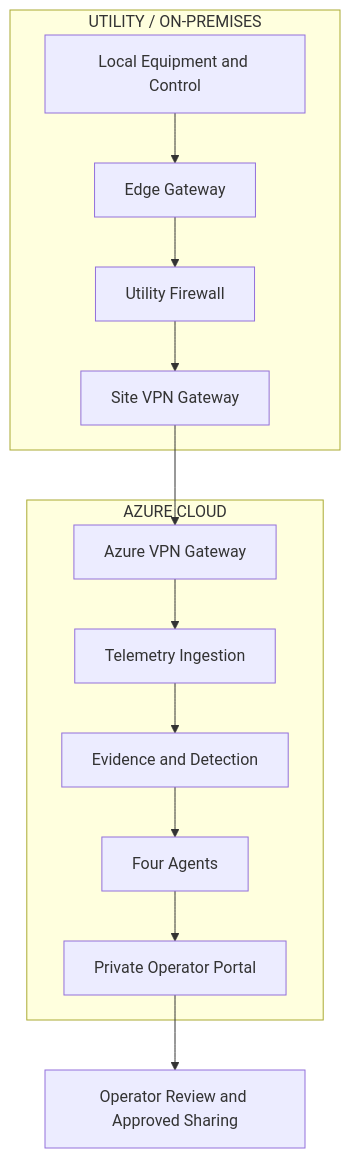
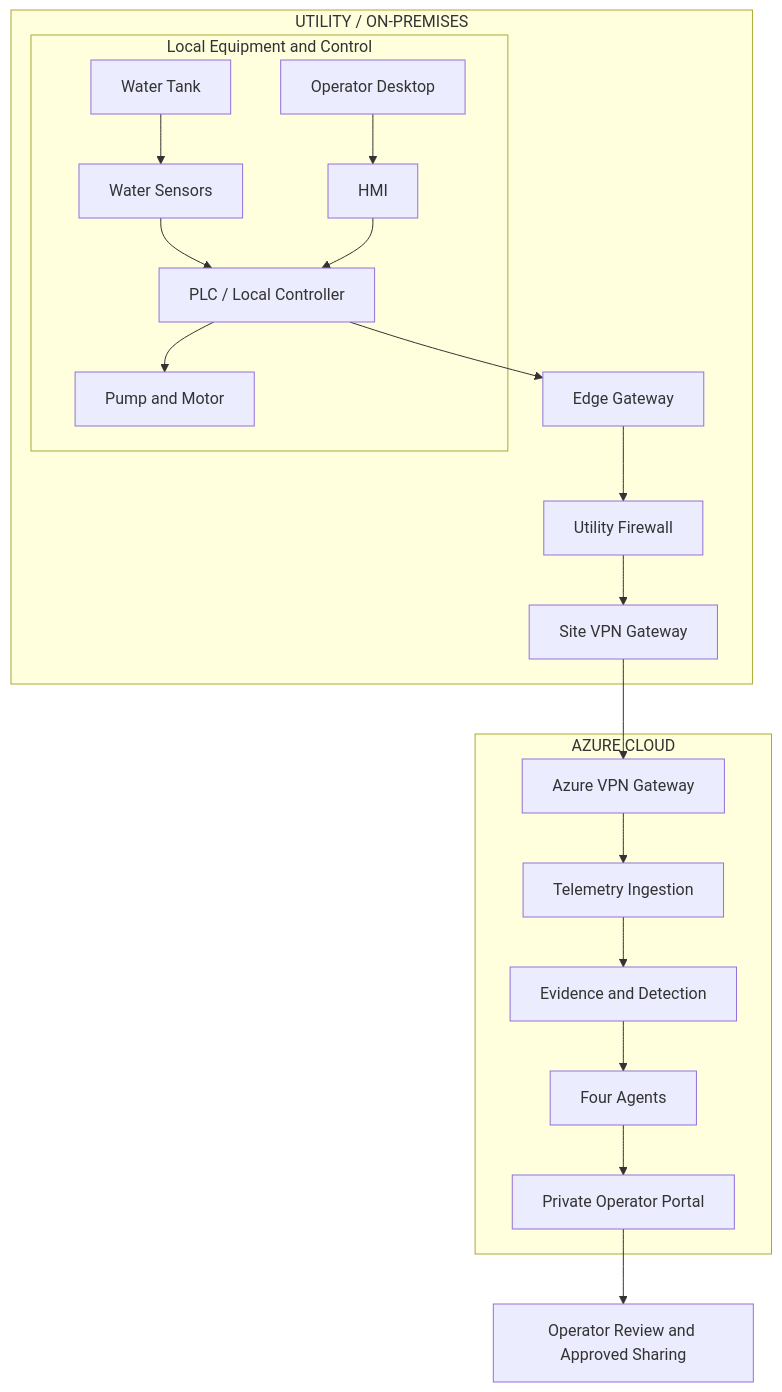
Before and after one commit to srvenkatms/WaterSupplyInisghtIQ: the second of 2 diagrams in docs/target-architecture.md, drawn with Mermaid. The commit also changed other lines of this file, not shown here.

Commit message:
Expand local equipment into nested component boxes

````diff
--- a/docs/target-architecture.md
+++ b/docs/target-architecture.md
@@ -145,22 +145,31 @@
 ```mermaid
 flowchart TB
   subgraph Site["UTILITY / ON-PREMISES"]
-    Equipment["Local Equipment and Control"]
+    subgraph Equipment["Local Equipment and Control"]
+      Tank["Water Tank"]
+      Sensors["Water Sensors"]
+      PLC["PLC / Local Controller"]
+      Pump["Pump and Motor"]
+      Desktop["Operator Desktop"]
+      HMI["HMI"]
+      Tank --> Sensors --> PLC --> Pump
+      Desktop --> HMI --> PLC
+    end
     Gateway["Edge Gateway"]
     Firewall["Utility Firewall"]
     SiteVPN["Site VPN Gateway"]
-    Equipment --> Gateway --> Firewall --> SiteVPN
+    PLC --> Gateway --> Firewall --> SiteVPN
   end
 
   subgraph Cloud["AZURE CLOUD"]
     CloudVPN["Azure VPN Gateway"]
     Ingestion["Telemetry Ingestion"]
     Evidence["Evidence and Detection"]
     Agents["Four Agents"]
     Portal["Private Operator Portal"]
     CloudVPN --> Ingestion --> Evidence --> Agents --> Portal
   end
 
   SiteVPN --> CloudVPN
   Portal --> Review["Operator Review and Approved Sharing"]
 ```
````
